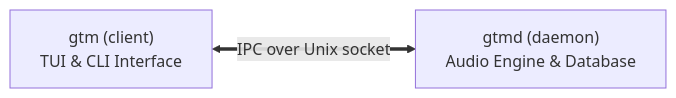
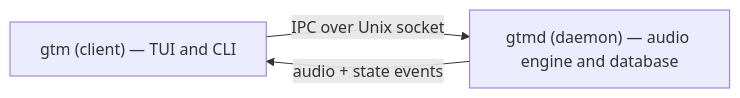
The diagram in content/overview.mdx (prjctimg/gtm.docs), drawn with Mermaid before and after one commit. The commit also changed other lines of this file and 52 other files, not shown here.

````diff
--- a/content/overview.mdx
+++ b/content/overview.mdx
@@ -27,6 +27,7 @@
 ```mermaid
 graph LR
-    Client["gtm (client)<br/>TUI & CLI Interface"]
-    Daemon["gtmd (daemon)<br/>Audio Engine & Database"]
-    Client <==>|"IPC over Unix socket"| Daemon
+    Client["gtm (client) — TUI and CLI"]
+    Daemon["gtmd (daemon) — audio engine and database"]
+    Client -->|IPC over Unix socket| Daemon
+    Daemon -->|audio + state events| Client
 ```
````
